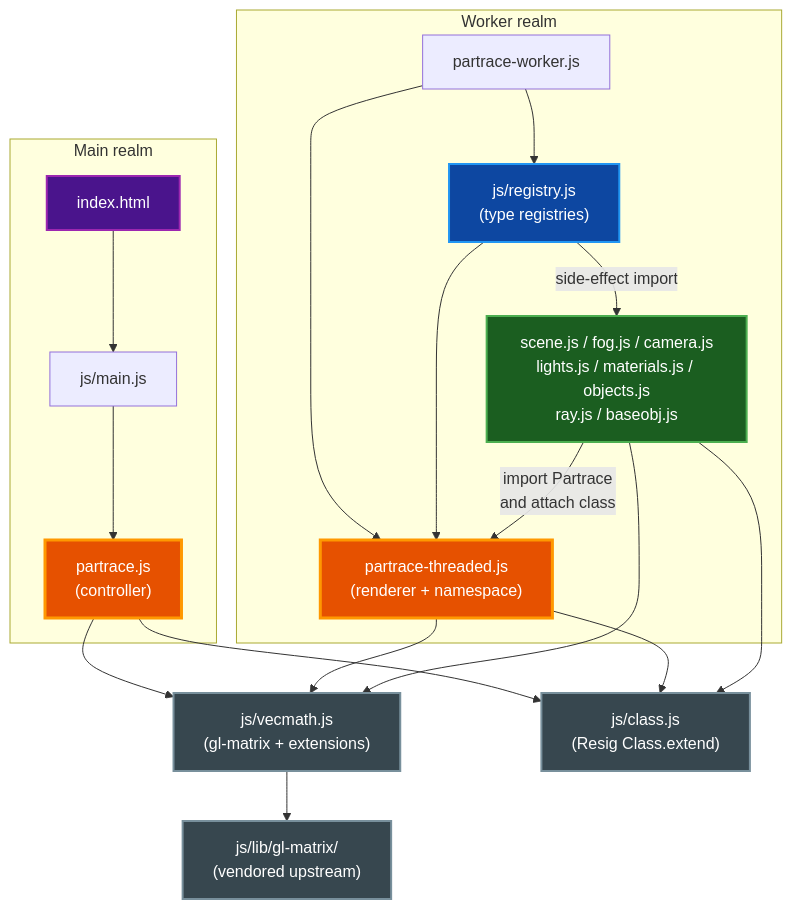
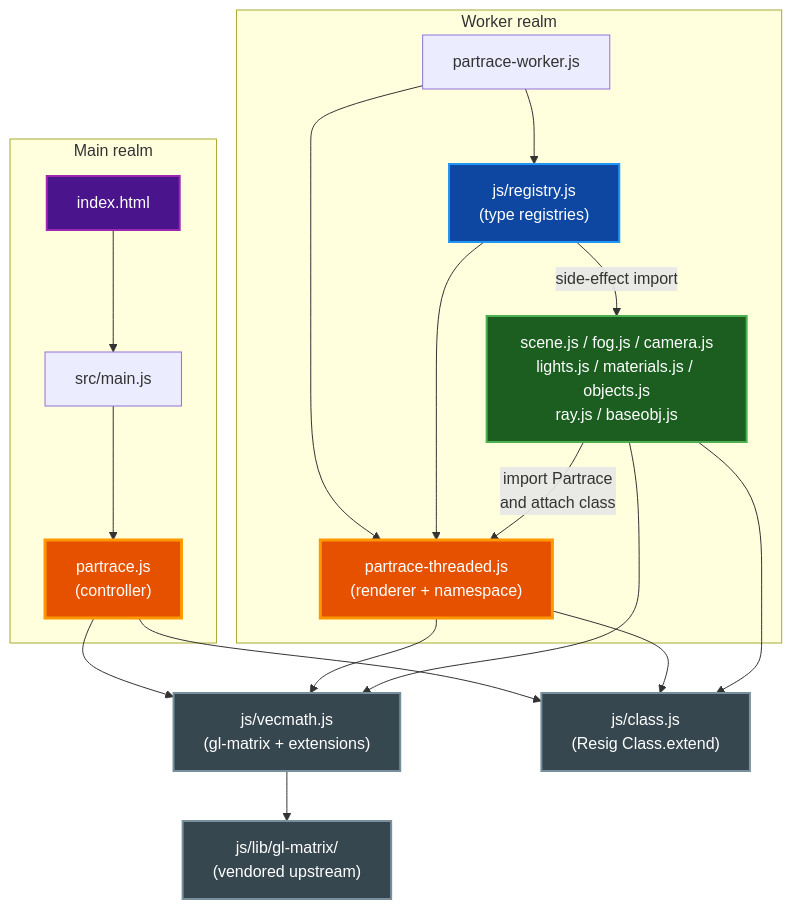
One commit to paulrobello/raytrace changed the second of 2 diagrams in docs/ARCHITECTURE.md. Above: the diagram before and after it, drawn with Mermaid. The commit also changed other lines of this file and 2 other files, not shown here.

First line of the commit message:
docs: sync ARCHITECTURE, SCENE_FORMAT, README to current implementation

````diff
--- a/docs/ARCHITECTURE.md
+++ b/docs/ARCHITECTURE.md
@@ -48,43 +48,43 @@
 ```mermaid
 graph TD
     subgraph Main["Main realm"]
         HTML["index.html"]
-        MainJS["js/main.js"]
+        MainJS["src/main.js"]
         Controller["partrace.js<br/>(controller)"]
         HTML --> MainJS
         MainJS --> Controller
     end
 
     subgraph Worker["Worker realm"]
         WorkerEntry["partrace-worker.js"]
         Renderer["partrace-threaded.js<br/>(renderer + namespace)"]
         Registry["js/registry.js<br/>(type registries)"]
         Scene["scene.js / fog.js / camera.js<br/>lights.js / materials.js / objects.js<br/>ray.js / baseobj.js"]
         WorkerEntry --> Renderer
         WorkerEntry --> Registry
         Registry --> Renderer
         Registry -->|"side-effect import"| Scene
         Scene -->|"import Partrace<br/>and attach class"| Renderer
     end
 
     Math["js/vecmath.js<br/>(gl-matrix + extensions)"]
     GLM["js/lib/gl-matrix/<br/>(vendored upstream)"]
     Class["js/class.js<br/>(Resig Class.extend)"]
 
     Controller --> Math
     Controller --> Class
     Renderer --> Math
     Renderer --> Class
     Scene --> Math
     Scene --> Class
     Math --> GLM
 
     style HTML fill:#4a148c,stroke:#9c27b0,stroke-width:2px,color:#ffffff
     style Controller fill:#e65100,stroke:#ff9800,stroke-width:3px,color:#ffffff
     style Renderer fill:#e65100,stroke:#ff9800,stroke-width:3px,color:#ffffff
     style Registry fill:#0d47a1,stroke:#2196f3,stroke-width:2px,color:#ffffff
     style Scene fill:#1b5e20,stroke:#4caf50,stroke-width:2px,color:#ffffff
     style Math fill:#37474f,stroke:#78909c,stroke-width:2px,color:#ffffff
     style GLM fill:#37474f,stroke:#78909c,stroke-width:2px,color:#ffffff
     style Class fill:#37474f,stroke:#78909c,stroke-width:2px,color:#ffffff
 ```
````
